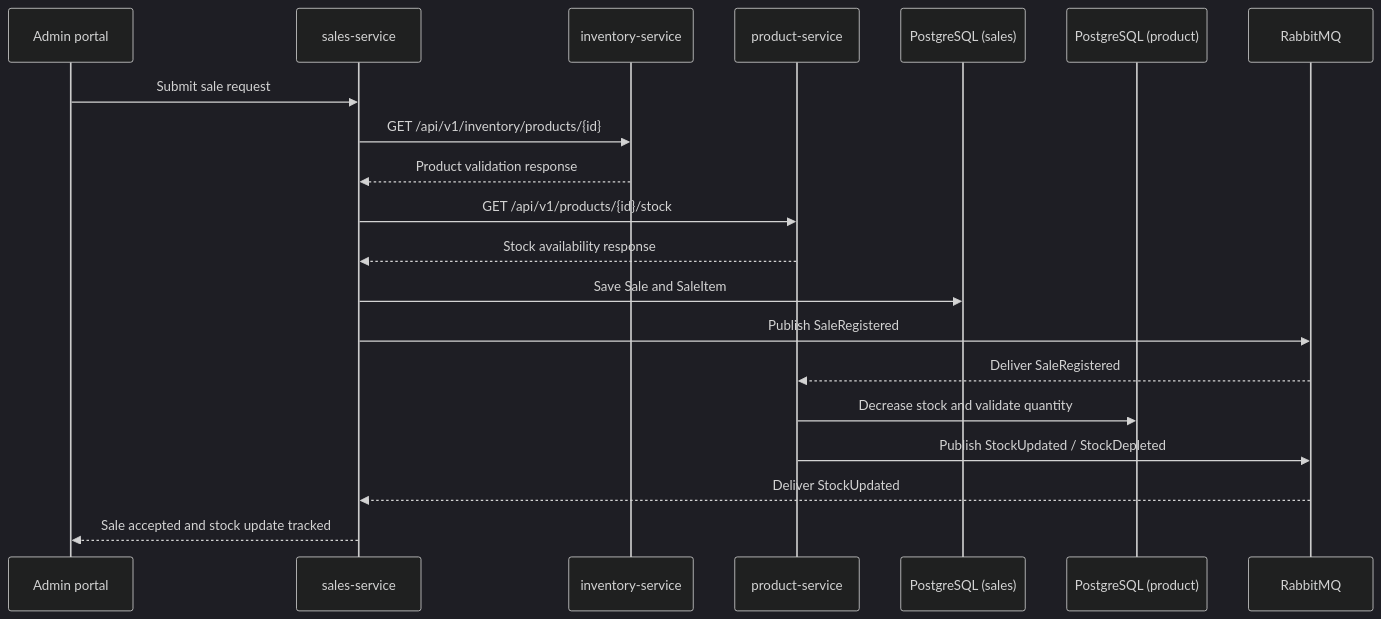
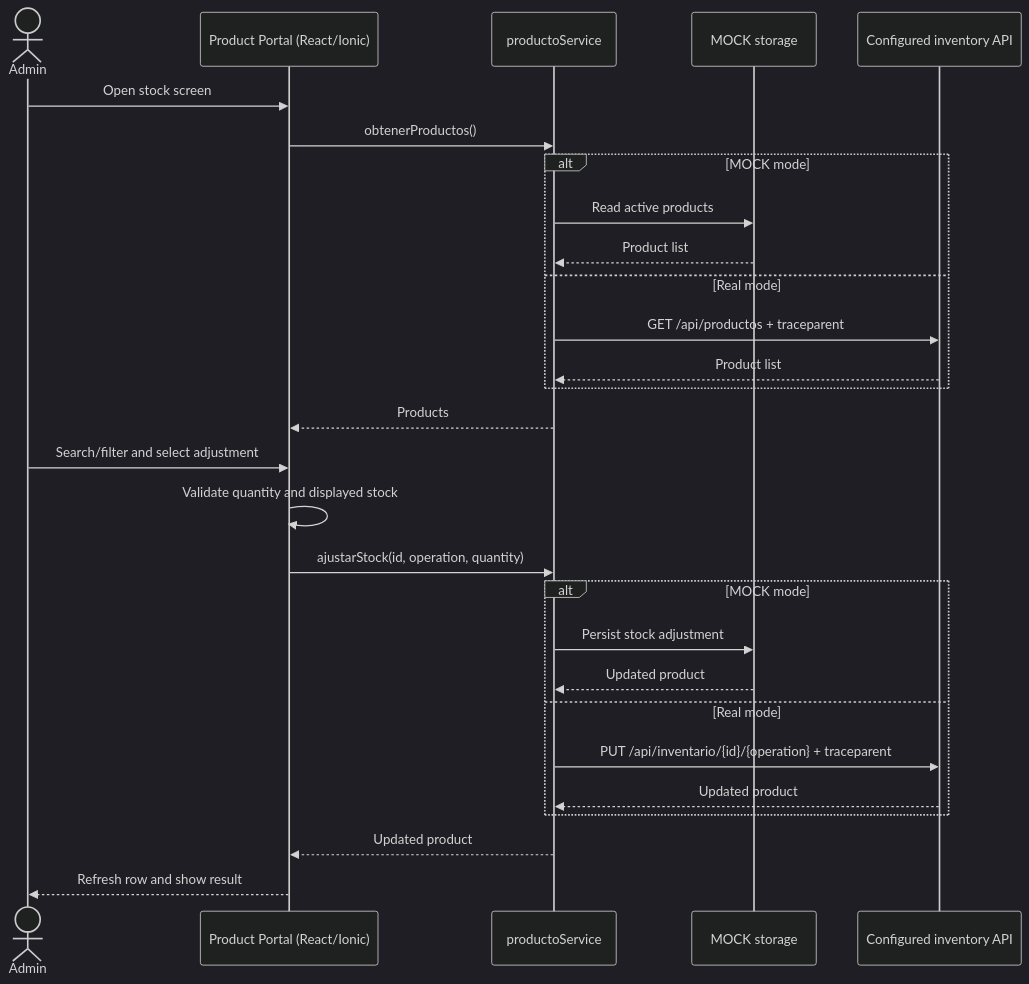
Before and after one commit to luisGascaB/sistemas-distribuidos-2026-b-g1: the diagram in 11-week/workshop/01-journey.md, drawn with Mermaid (dark theme). The commit also changed other lines of this file and 10 other files, not shown here.

Commit message:
docs(w11): align observability workshop with product portal

````diff
--- a/11-week/workshop/01-journey.md
+++ b/11-week/workshop/01-journey.md
@@ -56,23 +25,31 @@
 ```mermaid
 sequenceDiagram
-    participant Admin as Admin portal
-    participant Sales as sales-service
-    participant Inv as inventory-service
-    participant Prod as product-service
-    participant SalesDB as PostgreSQL (sales)
-    participant ProdDB as PostgreSQL (product)
-    participant MQ as RabbitMQ
+    actor Admin
+    participant Portal as Product Portal (React/Ionic)
+    participant Service as productoService
+    participant Mock as MOCK storage
+    participant API as Configured inventory API
 
-    Admin->>Sales: Submit sale request
-    Sales->>Inv: GET /api/v1/inventory/products/{id}
-    Inv-->>Sales: Product validation response
-    Sales->>Prod: GET /api/v1/products/{id}/stock
-    Prod-->>Sales: Stock availability response
-    Sales->>SalesDB: Save Sale and SaleItem
-    Sales->>MQ: Publish SaleRegistered
-    MQ-->>Prod: Deliver SaleRegistered
-    Prod->>ProdDB: Decrease stock and validate quantity
-    Prod->>MQ: Publish StockUpdated / StockDepleted
-    MQ-->>Sales: Deliver StockUpdated
-    Sales-->>Admin: Sale accepted and stock update tracked
+    Admin->>Portal: Open stock screen
+    Portal->>Service: obtenerProductos()
+    alt MOCK mode
+        Service->>Mock: Read active products
+        Mock-->>Service: Product list
+    else Real mode
+        Service->>API: GET /api/productos + traceparent
+        API-->>Service: Product list
+    end
+    Service-->>Portal: Products
+    Admin->>Portal: Search/filter and select adjustment
+    Portal->>Portal: Validate quantity and displayed stock
+    Portal->>Service: ajustarStock(id, operation, quantity)
+    alt MOCK mode
+        Service->>Mock: Persist stock adjustment
+        Mock-->>Service: Updated product
+    else Real mode
+        Service->>API: PUT /api/inventario/{id}/{operation} + traceparent
+        API-->>Service: Updated product
+    end
+    Service-->>Portal: Updated product
+    Portal-->>Admin: Refresh row and show result
 ```
````
